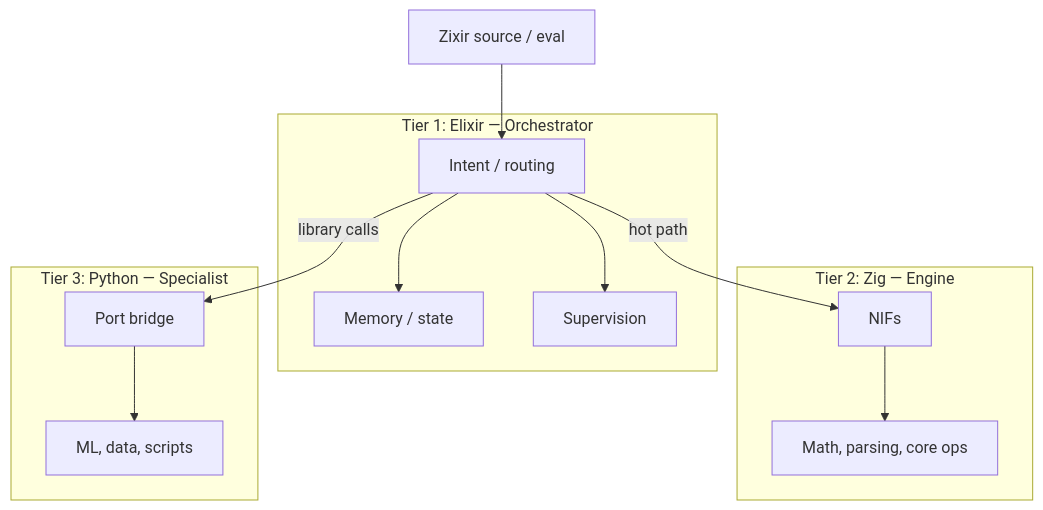
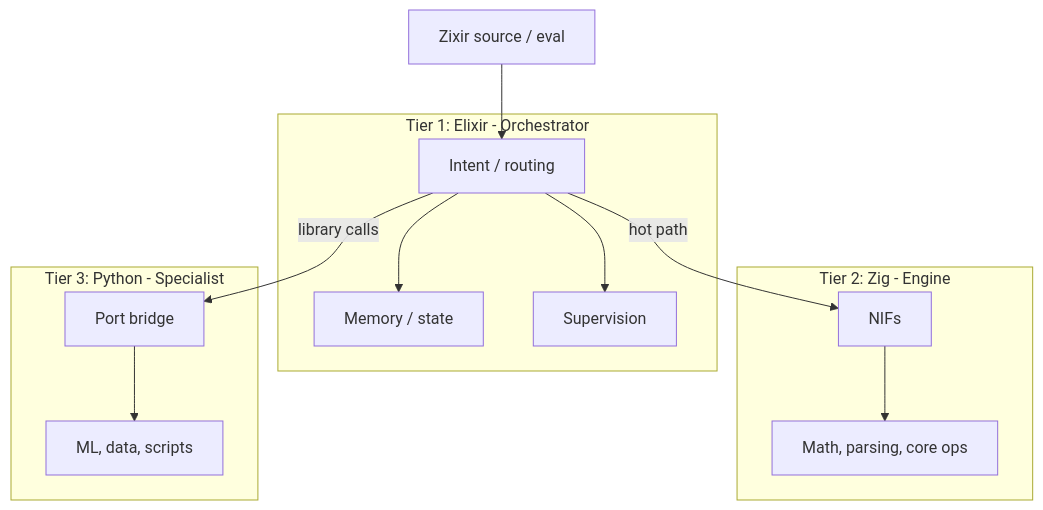
Before and after one commit to PersistenceOS/Zixir: the diagram in README.md, drawn with Mermaid. The commit also changed other lines of this file and 1 other file, not shown here.

Commit message:
docs: repo link and license on main page; fix Mermaid for GitHub render; update mix.exs source_url

````diff
--- a/README.md
+++ b/README.md
@@ -27,28 +29,28 @@
 ```mermaid
 flowchart TB
   Source[Zixir source / eval]
 
-  subgraph T1["Tier 1: Elixir — Orchestrator"]
+  subgraph T1["Tier 1: Elixir - Orchestrator"]
     Intent[Intent / routing]
     Memory[Memory / state]
     Supervisor[Supervision]
   end
 
-  subgraph T2["Tier 2: Zig — Engine"]
+  subgraph T2["Tier 2: Zig - Engine"]
     NIF[NIFs]
     Math[Math, parsing, core ops]
   end
 
-  subgraph T3["Tier 3: Python — Specialist"]
+  subgraph T3["Tier 3: Python - Specialist"]
     Port[Port bridge]
     Libs[ML, data, scripts]
   end
 
   Source --> Intent
   Intent --> Memory
   Intent --> Supervisor
-  Intent -->|"hot path"| NIF
-  Intent -->|"library calls"| Port
+  Intent -->|hot path| NIF
+  Intent -->|library calls| Port
   NIF --> Math
   Port --> Libs
 ```
````
